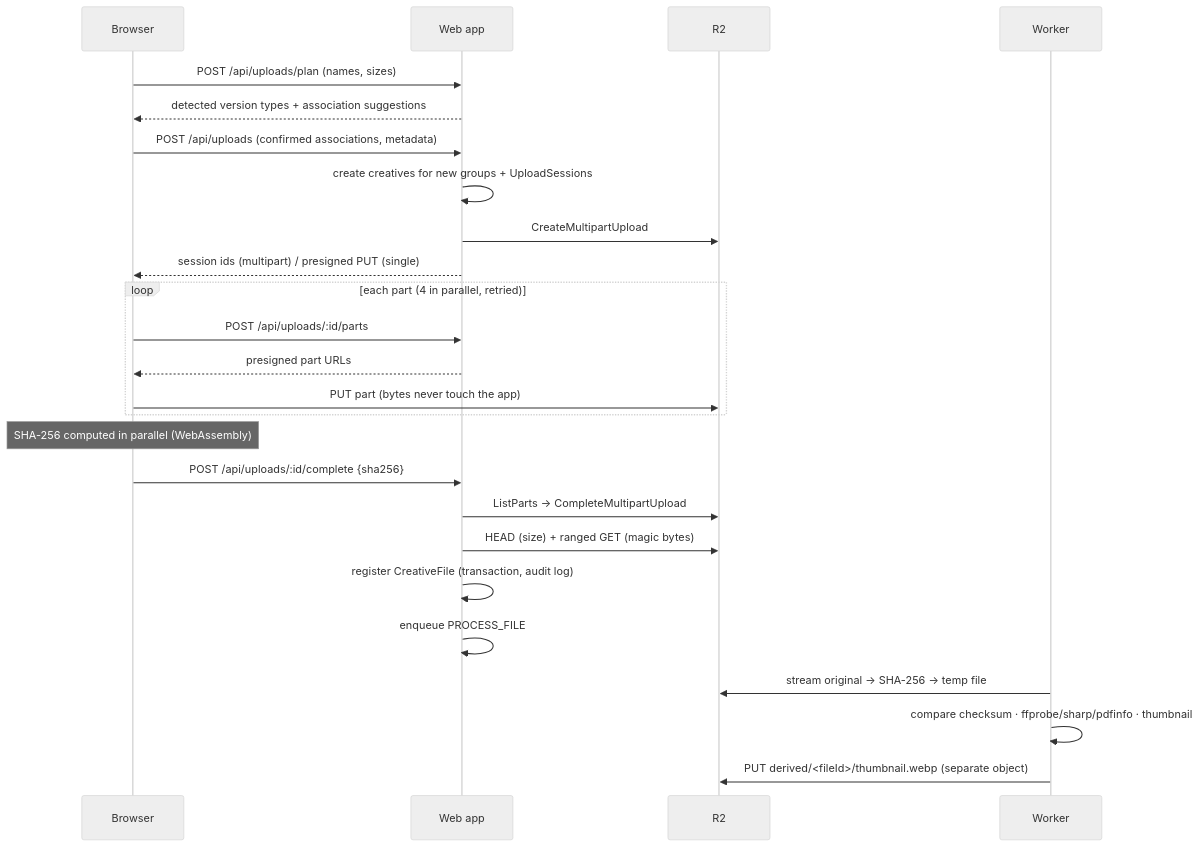
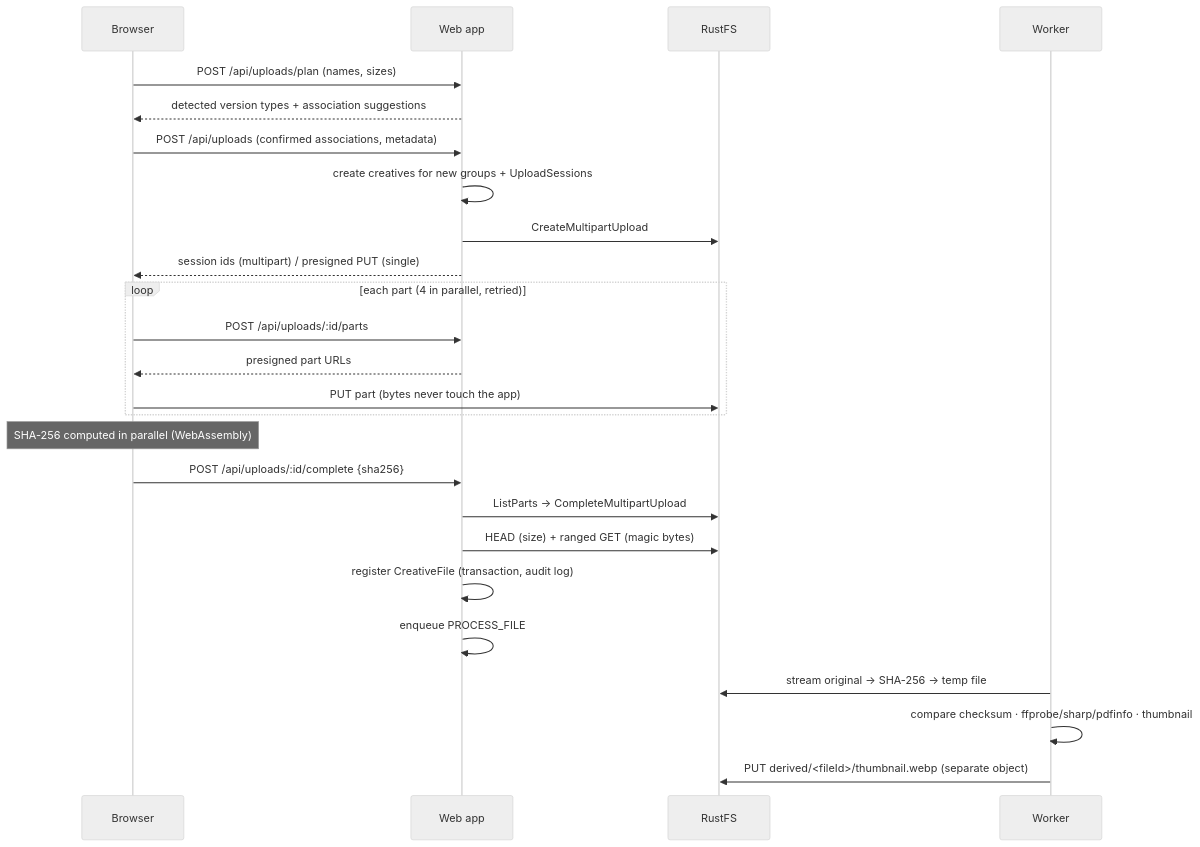
Before and after one commit to AbdoHerO/CDN_Creative_Platfo: the third of 4 diagrams in docs/ARCHITECTURE.md, drawn with Mermaid (neutral theme). The commit also changed other lines of this file and 102 other files, not shown here.

````diff
--- a/docs/ARCHITECTURE.md
+++ b/docs/ARCHITECTURE.md
@@ -95,27 +99,27 @@
 ```mermaid
 sequenceDiagram
   participant B as Browser
   participant A as Web app
-  participant R as R2
+  participant R as RustFS
   participant W as Worker
   B->>A: POST /api/uploads/plan (names, sizes)
   A-->>B: detected version types + association suggestions
   B->>A: POST /api/uploads (confirmed associations, metadata)
   A->>A: create creatives for new groups + UploadSessions
   A->>R: CreateMultipartUpload
   A-->>B: session ids (multipart) / presigned PUT (single)
   loop each part (4 in parallel, retried)
     B->>A: POST /api/uploads/:id/parts
     A-->>B: presigned part URLs
     B->>R: PUT part (bytes never touch the app)
   end
   Note over B: SHA-256 computed in parallel (WebAssembly)
   B->>A: POST /api/uploads/:id/complete {sha256}
   A->>R: ListParts → CompleteMultipartUpload
   A->>R: HEAD (size) + ranged GET (magic bytes)
   A->>A: register CreativeFile (transaction, audit log)
   A->>A: enqueue PROCESS_FILE
   W->>R: stream original → SHA-256 → temp file
   W->>W: compare checksum · ffprobe/sharp/pdfinfo · thumbnail
   W->>R: PUT derived/<fileId>/thumbnail.webp (separate object)
 ```
````
